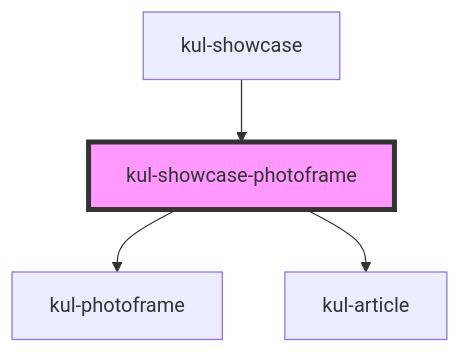
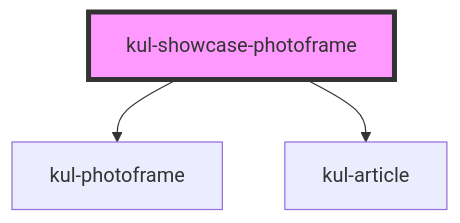
The diagram in packages/ketchup-lite/src/components/kul-showcase/components/photoframe/readme.md (smeup/ketchup), drawn with Mermaid before and after one commit. The commit also changed other lines of this file and 25 other files, not shown here.

````diff
--- a/packages/ketchup-lite/src/components/kul-showcase/components/photoframe/readme.md
+++ b/packages/ketchup-lite/src/components/kul-showcase/components/photoframe/readme.md
@@ -31,7 +27,6 @@
 ```mermaid
 graph TD;
   kul-showcase-photoframe --> kul-photoframe
   kul-showcase-photoframe --> kul-article
-  kul-showcase --> kul-showcase-photoframe
   style kul-showcase-photoframe fill:#f9f,stroke:#333,stroke-width:4px
 ```
````
